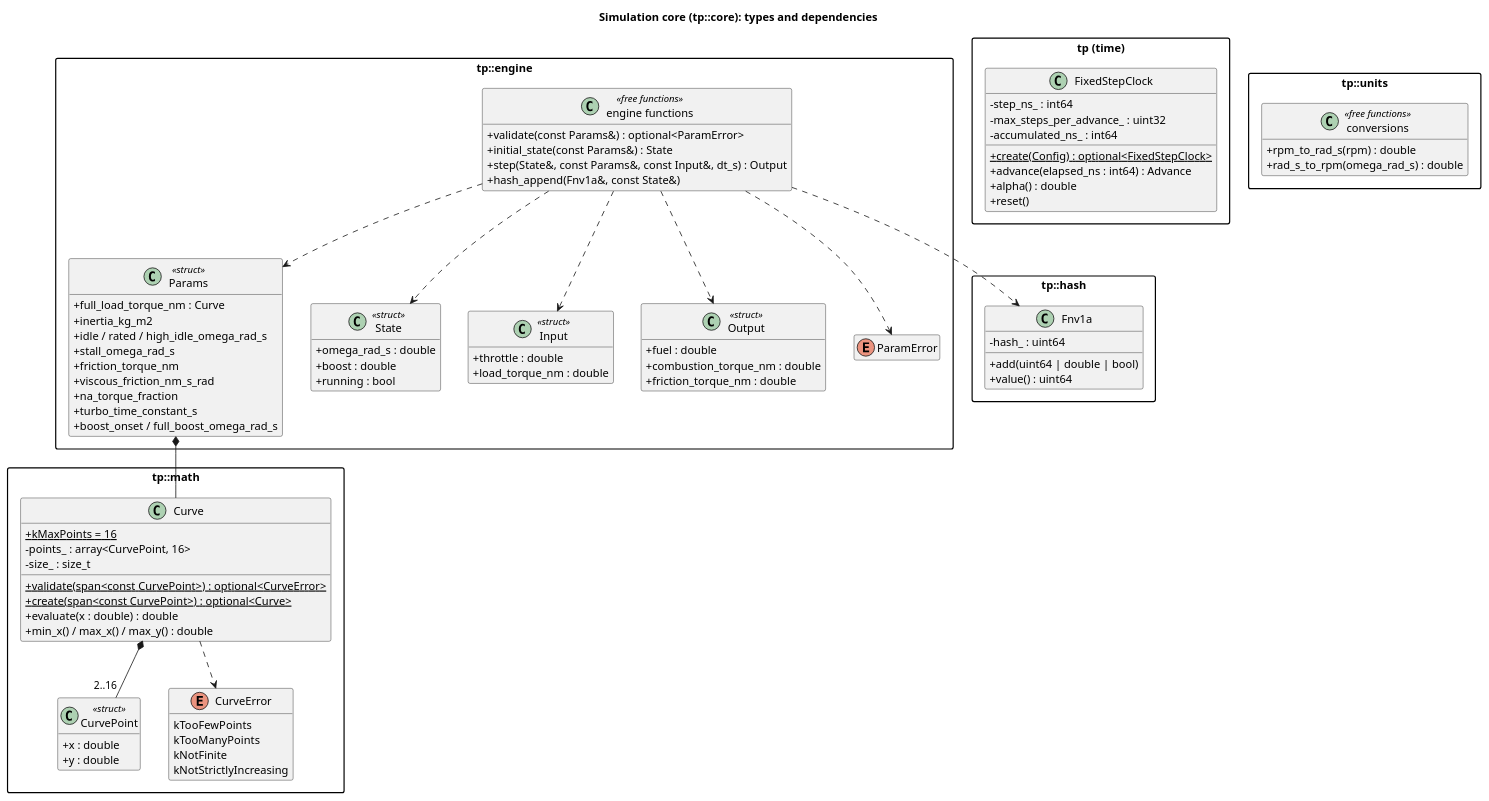
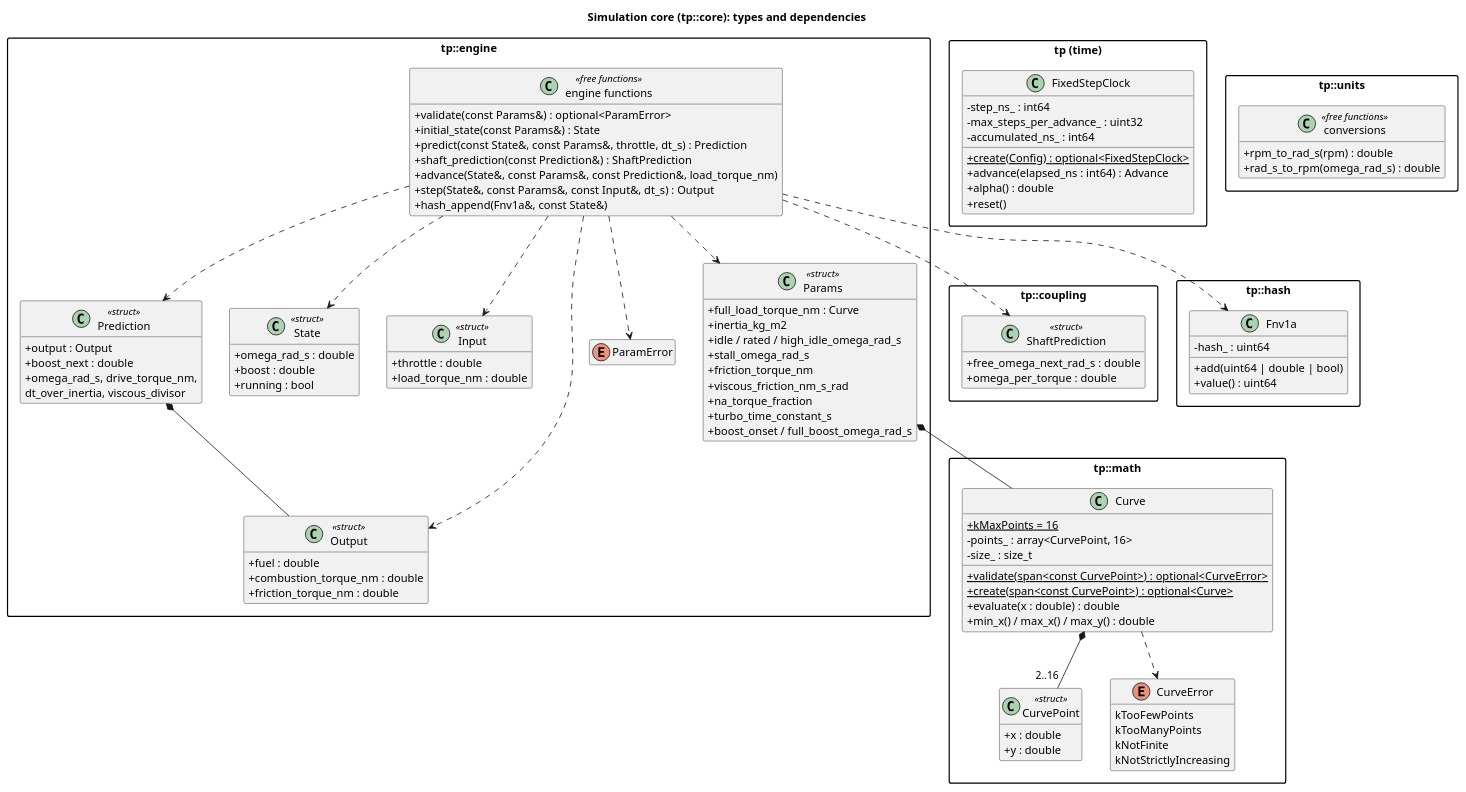
One commit to wversteeg/TractorPulling changed the diagram in docs/diagrams/core_classes.puml. Above: the diagram before and after it, drawn with PlantUML. The commit also changed 7 other files, not shown here.

First line of the commit message:
Split engine::step into predict and advance for couplings

```diff
--- a/docs/diagrams/core_classes.puml
+++ b/docs/diagrams/core_classes.puml
@@ -1,100 +1,119 @@
 @startuml core_classes
 title Simulation core (tp::core): types and dependencies
 hide empty members
 skinparam packageStyle rectangle
 skinparam classAttributeIconSize 0
 
   package "tp::math" {
     class CurvePoint <<struct>> {
       +x : double
       +y : double
     }
     enum CurveError {
       kTooFewPoints
       kTooManyPoints
       kNotFinite
       kNotStrictlyIncreasing
     }
     class Curve {
       +{static} kMaxPoints = 16
       -points_ : array<CurvePoint, 16>
       -size_ : size_t
       +{static} validate(span<const CurvePoint>) : optional<CurveError>
       +{static} create(span<const CurvePoint>) : optional<Curve>
       +evaluate(x : double) : double
       +min_x() / max_x() / max_y() : double
     }
     Curve *-- "2..16" CurvePoint
     Curve ..> CurveError
   }
 
   package "tp::engine" {
     class Params <<struct>> {
       +full_load_torque_nm : Curve
       +inertia_kg_m2
       +idle / rated / high_idle_omega_rad_s
       +stall_omega_rad_s
       +friction_torque_nm
       +viscous_friction_nm_s_rad
       +na_torque_fraction
       +turbo_time_constant_s
       +boost_onset / full_boost_omega_rad_s
     }
     class State <<struct>> {
       +omega_rad_s : double
       +boost : double
       +running : bool
     }
     class Input <<struct>> {
       +throttle : double
       +load_torque_nm : double
     }
     class Output <<struct>> {
       +fuel : double
       +combustion_torque_nm : double
       +friction_torque_nm : double
     }
     enum ParamError
+    class Prediction <<struct>> {
+      +output : Output
+      +boost_next : double
+      +omega_rad_s, drive_torque_nm,
+       dt_over_inertia, viscous_divisor
+    }
     class "engine functions" as EngineFns <<free functions>> {
       +validate(const Params&) : optional<ParamError>
       +initial_state(const Params&) : State
+      +predict(const State&, const Params&, throttle, dt_s) : Prediction
+      +shaft_prediction(const Prediction&) : ShaftPrediction
+      +advance(State&, const Params&, const Prediction&, load_torque_nm)
       +step(State&, const Params&, const Input&, dt_s) : Output
       +hash_append(Fnv1a&, const State&)
     }
+    Prediction *-- Output
+    EngineFns ..> Prediction
     Params *-- Curve
     EngineFns ..> Params
     EngineFns ..> State
     EngineFns ..> Input
     EngineFns ..> Output
     EngineFns ..> ParamError
   }
+
+  package "tp::coupling" {
+    class ShaftPrediction <<struct>> {
+      +free_omega_next_rad_s : double
+      +omega_per_torque : double
+    }
+  }
+  EngineFns ..> ShaftPrediction
 
   package "tp::hash" {
     class Fnv1a {
       -hash_ : uint64
       +add(uint64 | double | bool)
       +value() : uint64
     }
   }
   EngineFns ..> Fnv1a
 
   package "tp (time)" {
     class FixedStepClock {
       -step_ns_ : int64
       -max_steps_per_advance_ : uint32
       -accumulated_ns_ : int64
       +{static} create(Config) : optional<FixedStepClock>
       +advance(elapsed_ns : int64) : Advance
       +alpha() : double
       +reset()
     }
   }
 
   package "tp::units" {
     class "conversions" as Units <<free functions>> {
       +rpm_to_rad_s(rpm) : double
       +rad_s_to_rpm(omega_rad_s) : double
     }
   }
 
 @enduml
```
